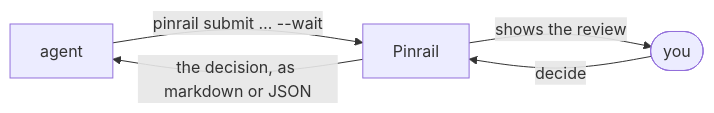
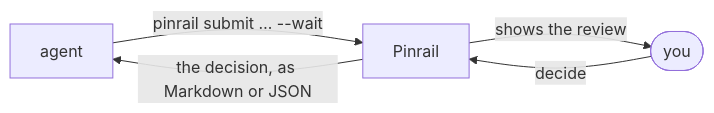
Before and after one commit to forgeplane/pinrail: the diagram in docs/index.md, drawn with Mermaid. The commit also changed other lines of this file and 21 other files, not shown here.

````diff
--- a/docs/index.md
+++ b/docs/index.md
@@ -22,7 +22,7 @@
 ```mermaid title="An agent asks, you decide, it carries on"
 flowchart LR
   A["agent"] -->|"pinrail submit … --wait"| W["Pinrail"]
   W -->|"shows the review"| Y(["you"]):::you
   Y -->|"decide"| W
-  W -->|"the decision, as markdown or JSON"| A
+  W -->|"the decision, as Markdown or JSON"| A
 ```
````
